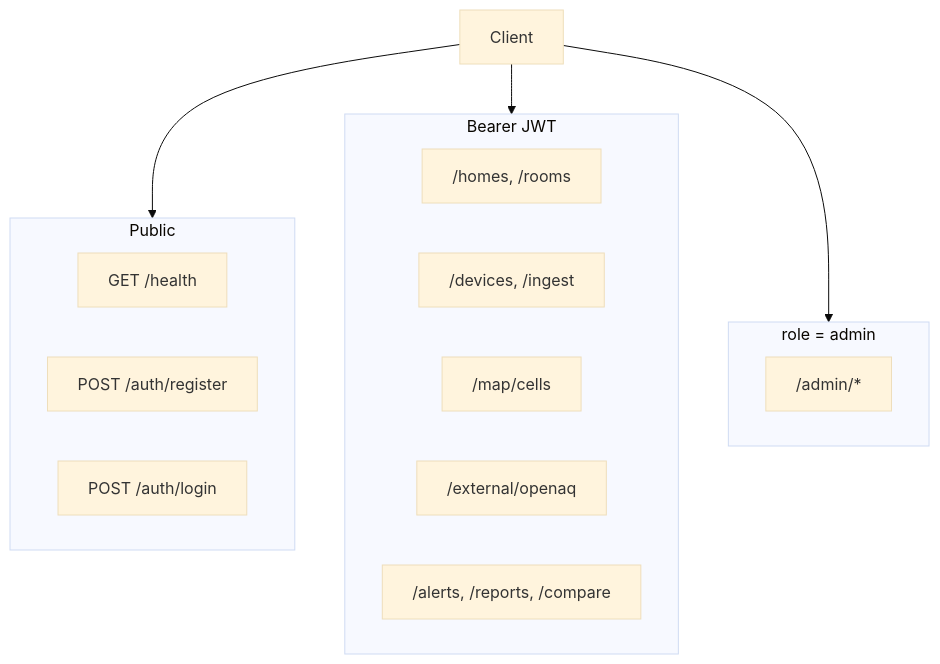
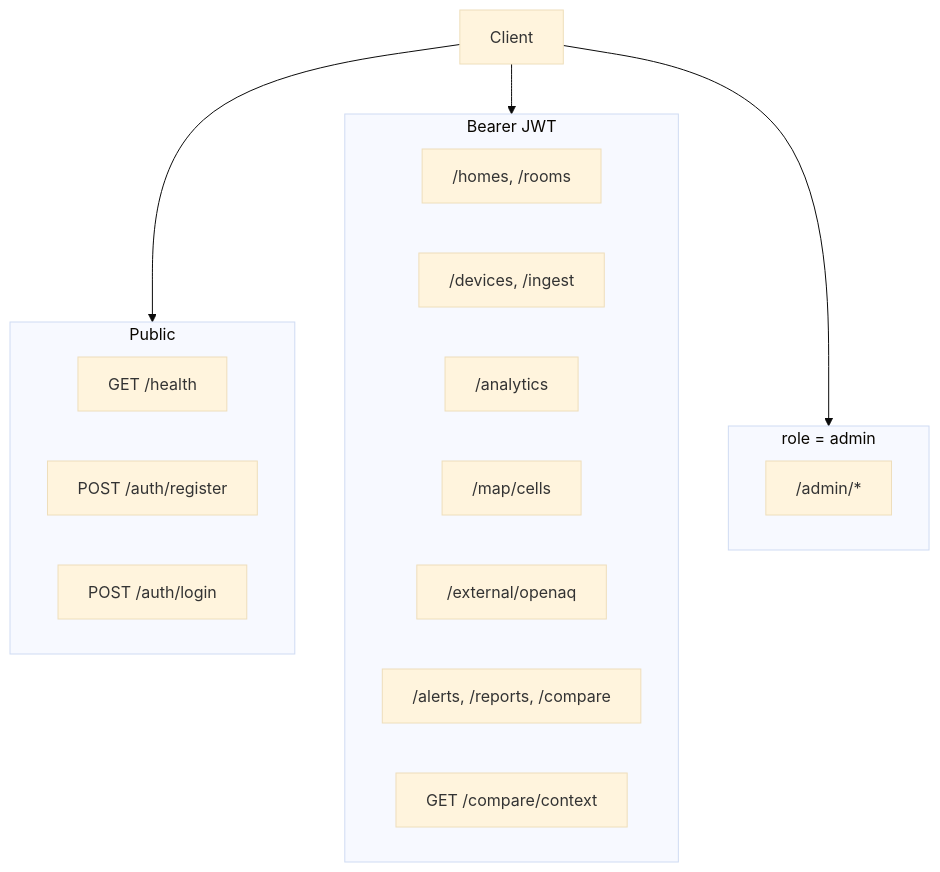
Before and after one commit to Hek846/aerospec: the sixth of 11 diagrams in docs/PIPELINE.md, drawn with Mermaid (base theme). The commit also changed other lines of this file and 10 other files, not shown here.

````diff
--- a/docs/PIPELINE.md
+++ b/docs/PIPELINE.md
@@ -204,21 +204,23 @@
 ```mermaid
 flowchart TB
     subgraph Public
         H["GET /health"]
         R["POST /auth/register"]
         L["POST /auth/login"]
     end
     subgraph User["Bearer JWT"]
         HOM["/homes, /rooms"]
         DEV["/devices, /ingest"]
+        ANA["/analytics"]
         MAP["/map/cells"]
         EXT["/external/openaq"]
         ALT["/alerts, /reports, /compare"]
+        CMP["GET /compare/context"]
     end
     subgraph Admin["role = admin"]
         ADM["/admin/*"]
     end
     Client --> Public
     Client --> User
     Client --> Admin
 ```
````
